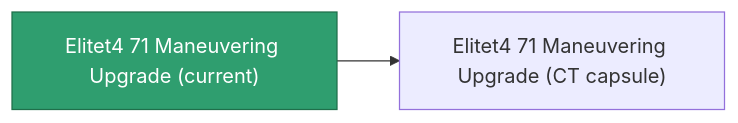
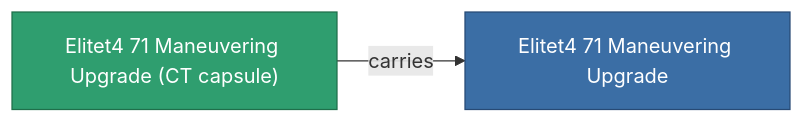
The diagram in content/content/items/elitet4_71_maneuvering_upgrade.md (OpenPerpetuum/Wiki), drawn with Mermaid before and after one commit. The commit also changed other lines of this file and 2015 other files, not shown here.

````diff
--- a/content/content/items/elitet4_71_maneuvering_upgrade.md
+++ b/content/content/items/elitet4_71_maneuvering_upgrade.md
@@ -35,8 +35,9 @@
 ```mermaid
 graph LR
-    a["Elitet4 71 Maneuvering Upgrade (current)"]:::current
-    b["Elitet4 71 Maneuvering Upgrade (CT capsule)"]
-    a --> b
-    click b "/content/items/elitet4-71-maneuvering-upgrade-ct-capsule/" "Elitet4 71 Maneuvering Upgrade (CT capsule)"
+    a["Elitet4 71 Maneuvering Upgrade (CT capsule)"]:::current
+    b["Elitet4 71 Maneuvering Upgrade"]:::finished
+    a -->|carries| b
+                click b "/content/items/elitet4-71-maneuvering-upgrade/" "Elitet4 71 Maneuvering Upgrade"
     classDef current fill:#2f9e6f,stroke:#1f6f4a,color:#ffffff
+    classDef finished fill:#3b6ea5,stroke:#274a75,color:#ffffff
 ```
````
